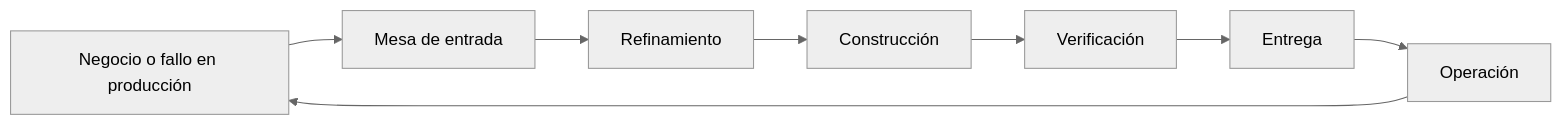
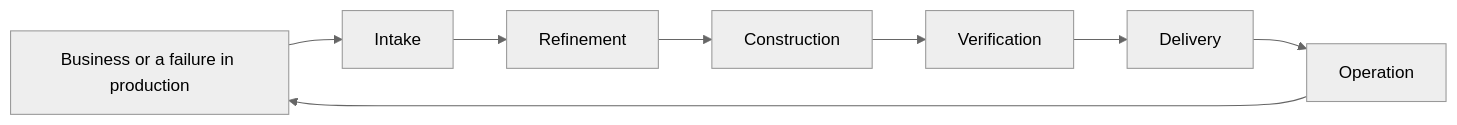
One commit to matiaspakua/notaire changed the second of 3 diagrams in docs/300-development/INGENIERIA.md. Above: the diagram before and after it, drawn with Mermaid (neutral theme). The commit also changed other lines of this file and 52 other files, not shown here.

````diff
--- a/docs/300-development/INGENIERIA.md
+++ b/docs/300-development/INGENIERIA.md
@@ -86,10 +87,10 @@
 ```mermaid
 flowchart LR
-  entrada[Negocio o fallo en producción] --> mesa[Mesa de entrada]
-  mesa --> refine[Refinamiento]
-  refine --> construir[Construcción]
-  construir --> verificar[Verificación]
-  verificar --> entregar[Entrega]
-  entregar --> operar[Operación]
-  operar --> entrada
+  entry[Business or a failure in production] --> desk[Intake]
+  desk --> refine[Refinement]
+  refine --> build[Construction]
+  build --> verify[Verification]
+  verify --> deliver[Delivery]
+  deliver --> operate[Operation]
+  operate --> entry
 ```
````
